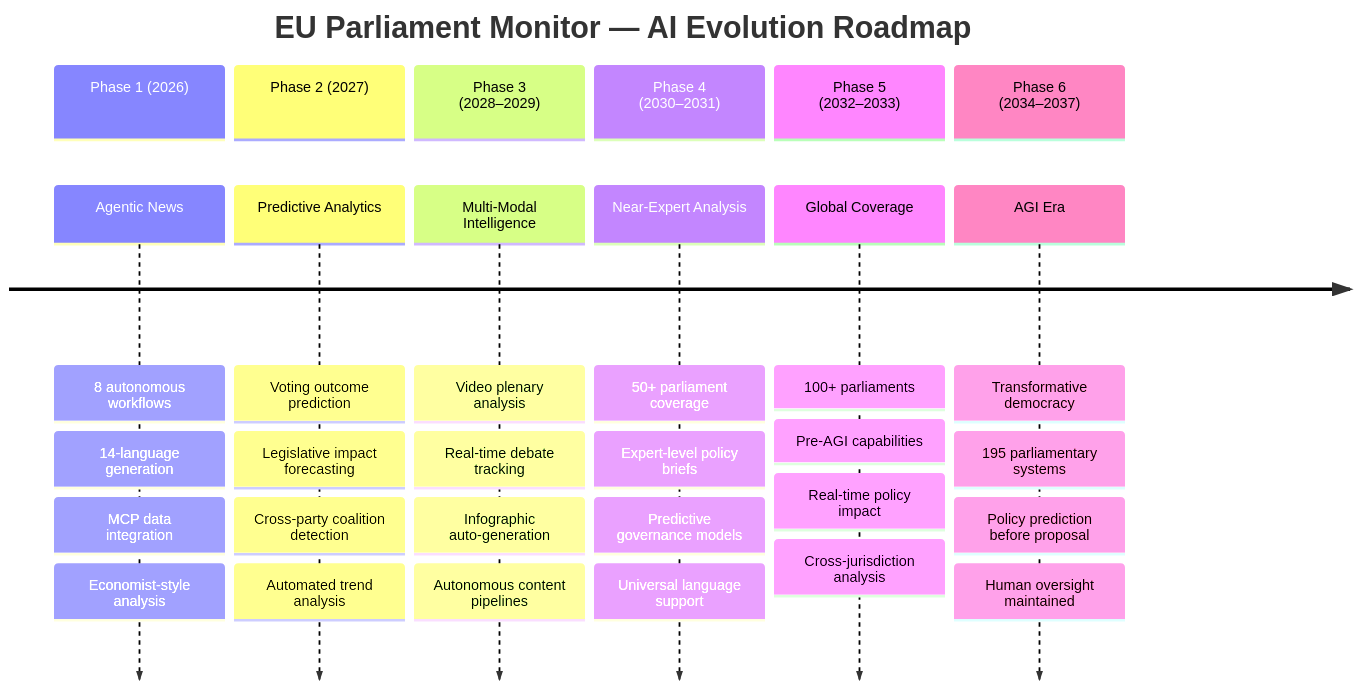
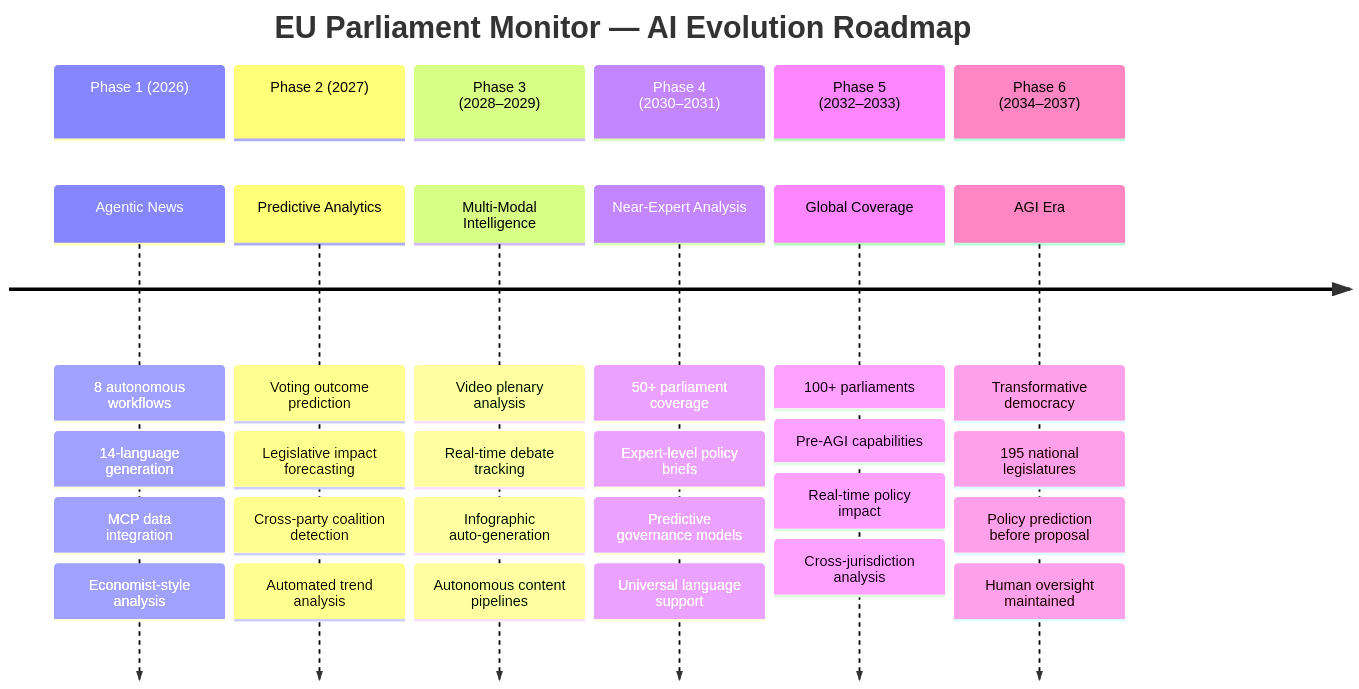
One commit to Hack23/euparliamentmonitor changed the third of 4 diagrams in README.md. Above: the diagram before and after it, drawn with Mermaid. The commit also changed other lines of this file, not shown here.

Commit message:
Fix blockquote "publish" → "generate", correct workflow breakdown, fix timeline terminology

````diff
--- a/README.md
+++ b/README.md
@@ -890,34 +891,34 @@
 ```mermaid
 timeline
     title EU Parliament Monitor — AI Evolution Roadmap
     section Phase 1 (2026)
         Agentic News : 8 autonomous workflows
                      : 14-language generation
                      : MCP data integration
                      : Economist-style analysis
     section Phase 2 (2027)
         Predictive Analytics : Voting outcome prediction
                              : Legislative impact forecasting
                              : Cross-party coalition detection
                              : Automated trend analysis
     section Phase 3 (2028–2029)
         Multi-Modal Intelligence : Video plenary analysis
                                  : Real-time debate tracking
                                  : Infographic auto-generation
                                  : Autonomous content pipelines
     section Phase 4 (2030–2031)
         Near-Expert Analysis : 50+ parliament coverage
                              : Expert-level policy briefs
                              : Predictive governance models
                              : Universal language support
     section Phase 5 (2032–2033)
         Global Coverage : 100+ parliaments
                         : Pre-AGI capabilities
                         : Real-time policy impact
                         : Cross-jurisdiction analysis
     section Phase 6 (2034–2037)
         AGI Era : Transformative democracy
-               : 195 parliamentary systems
+               : 195 national legislatures
                : Policy prediction before proposal
                : Human oversight maintained
 ```
````
